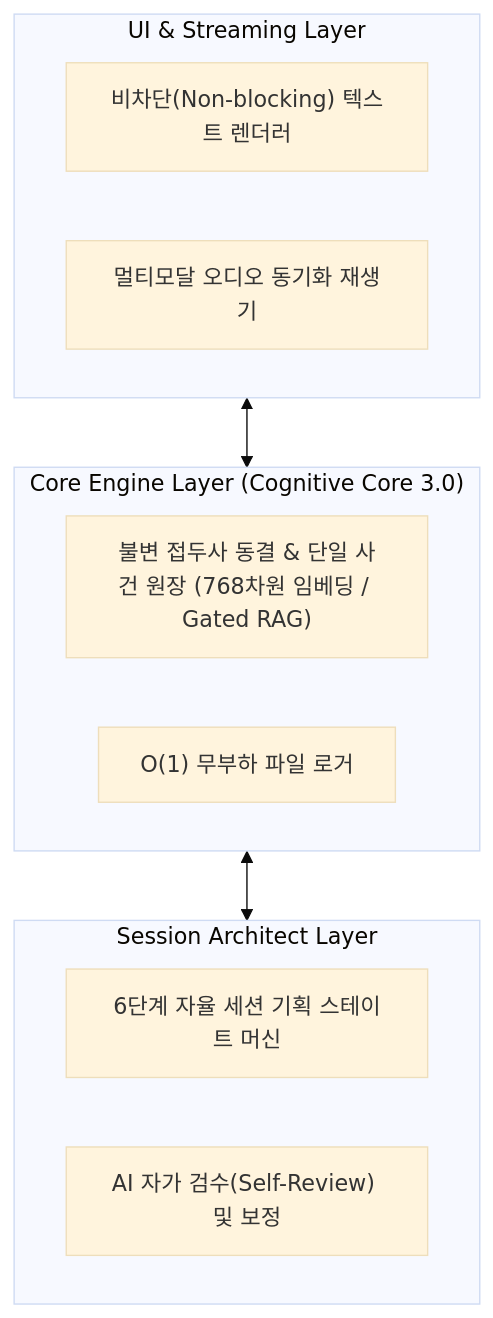
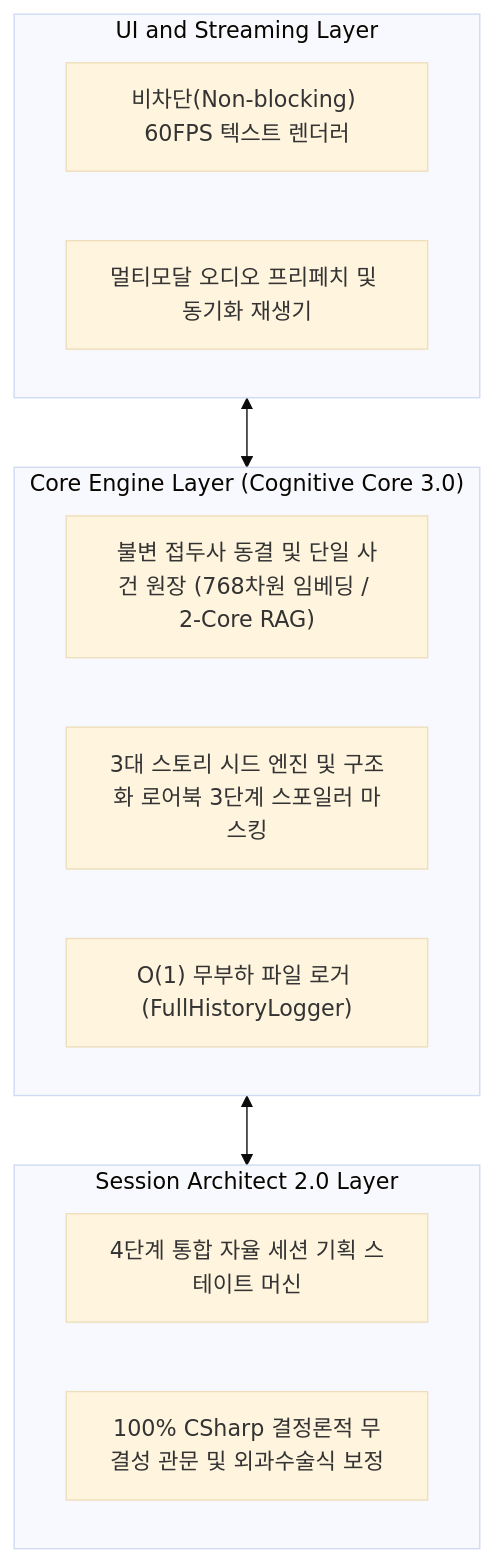
Before and after one commit to jin20203458/Obsidian.Agent: the diagram in GRC/docs/00_project_overview.md, drawn with Mermaid (base theme). The commit also changed other lines of this file and 6 other files, not shown here.

````diff
--- a/GRC/docs/00_project_overview.md
+++ b/GRC/docs/00_project_overview.md
@@ -55,20 +55,21 @@
 ```mermaid
-graph TB
-    subgraph UI ["UI & Streaming Layer"]
-        U1["비차단(Non-blocking) 텍스트 렌더러"]
-        U2["멀티모달 오디오 동기화 재생기"]
+flowchart TB
+    subgraph UI ["UI and Streaming Layer"]
+        U1["비차단(Non-blocking) 60FPS 텍스트 렌더러"]
+        U2["멀티모달 오디오 프리페치 및 동기화 재생기"]
     end
 
     subgraph ENGINE ["Core Engine Layer (Cognitive Core 3.0)"]
-        E1["불변 접두사 동결 & 단일 사건 원장 (768차원 임베딩 / Gated RAG)"]
-        E2["O(1) 무부하 파일 로거"]
+        E1["불변 접두사 동결 및 단일 사건 원장 (768차원 임베딩 / 2-Core RAG)"]
+        E2["3대 스토리 시드 엔진 및 구조화 로어북 3단계 스포일러 마스킹"]
+        E3["O(1) 무부하 파일 로거 (FullHistoryLogger)"]
     end
 
-    subgraph ARCHITECT ["Session Architect Layer"]
-        A1["6단계 자율 세션 기획 스테이트 머신"]
-        A2["AI 자가 검수(Self-Review) 및 보정"]
+    subgraph ARCHITECT ["Session Architect 2.0 Layer"]
+        A1["4단계 통합 자율 세션 기획 스테이트 머신"]
+        A2["100% CSharp 결정론적 무결성 관문 및 외과수술식 보정"]
     end
 
     UI <--> ENGINE
     ENGINE <--> ARCHITECT
 ```
````
